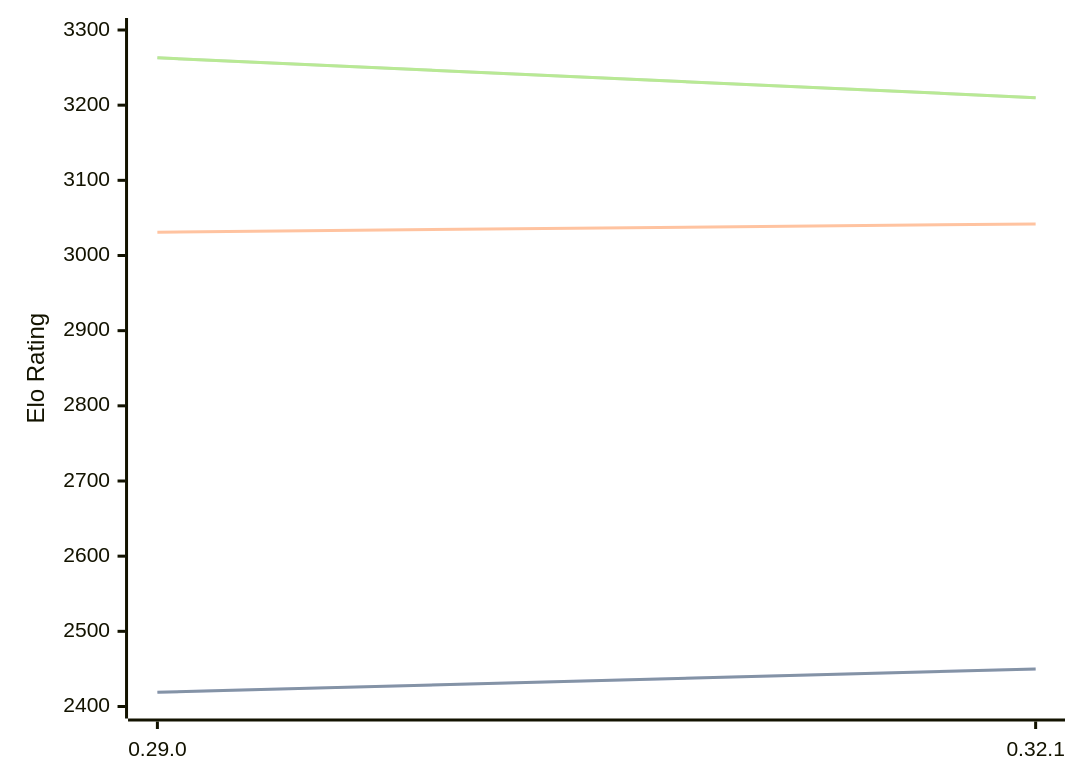
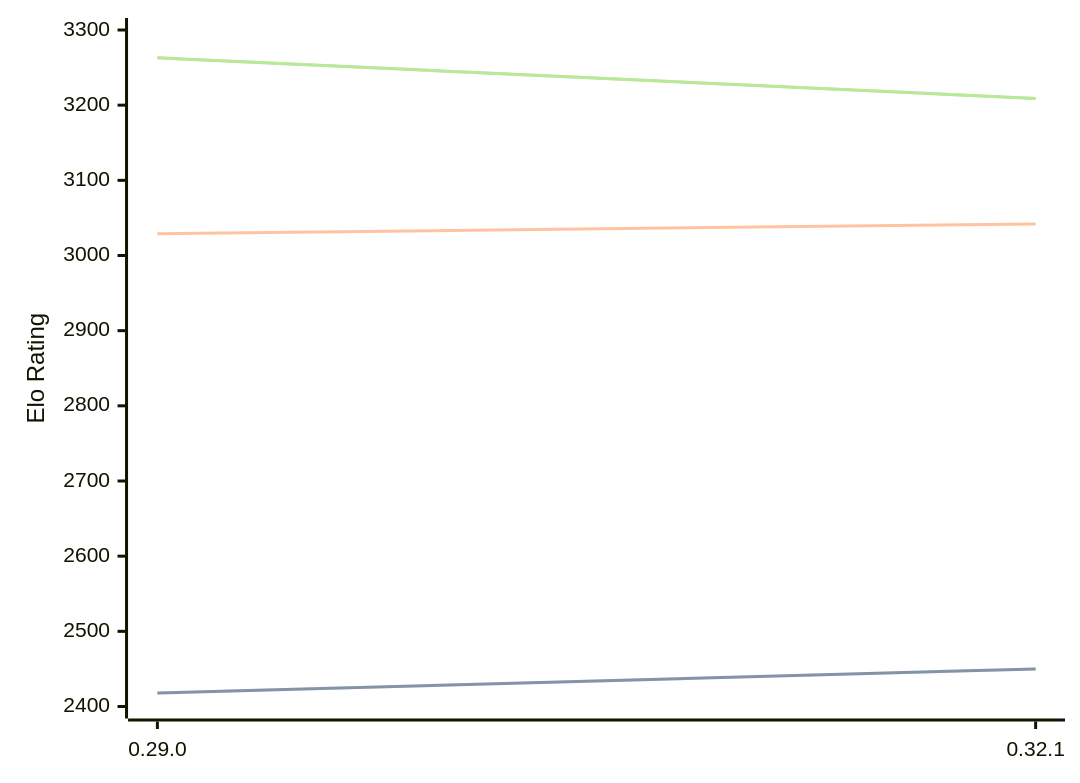
One commit to computer-chess-index/cci changed the diagram in engines/Lc0.md. Above: the diagram before and after it, drawn with Mermaid. The commit also changed other lines of this file, not shown here.

Commit message:
Update CCI Ratings (ELO VLTC) - 2026-04-17

````diff
--- a/engines/Lc0.md
+++ b/engines/Lc0.md
@@ -68,11 +68,11 @@
 ```mermaid
 %%{init: {"theme":"base","themeVariables":{"seriesColors:['#a3a3a3','#222221','#faa371']}}}%%
 xychart-beta
   x-axis ["0.29.0", "0.32.1"]
   y-axis "Elo Rating" 2400 --> 3300
-  line "STC (8.0+0.08s)" [2419, 2450]
-  line "STC (8.0+0.08s)" [2419, 2450]
-  line "LTC (60.0+0.60s)" [3031, 3042]
-  line "VLTC (2m24s+1.12s)" [3263, 3210]
-  line "VLTC (2m24s+1.12s)" [3263, 3210]
+  line "STC (8.0+0.08s)" [2418, 2450]
+  line "STC (8.0+0.08s)" [2418, 2450]
+  line "LTC (60.0+0.60s)" [3029, 3042]
+  line "VLTC (2m24s+1.12s)" [3263, 3209]
+  line "VLTC (2m24s+1.12s)" [3263, 3209]
 ```
````
